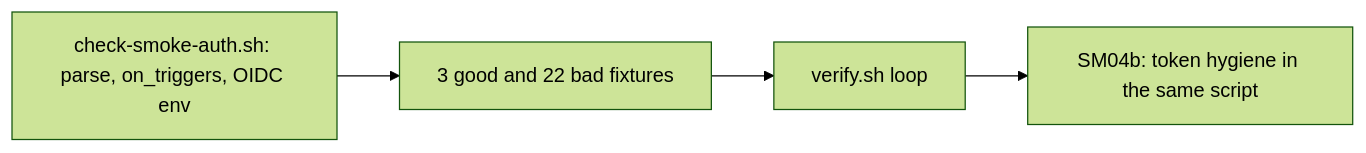
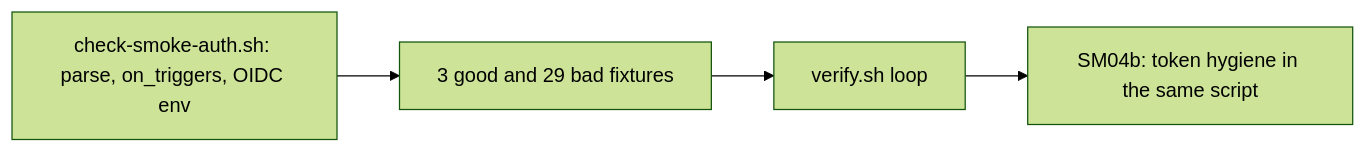
Before and after one commit to svennijhuis/agentic-workflows: the second of 2 diagrams in docs/pbi/done/SM04a-auth-check.md, drawn with Mermaid (forest theme). The commit also changed other lines of this file and 10 other files, not shown here.

Commit message:
SM04a round 1: anchor or alias hit, duplicate key hit in any map, permissions shape hit (empty permissions:), job key line, nullglob fixture lists, 7 bad fixtures (Reviewer 6425275380 cases 1 to 4, Cursor 5657896672 f1 to f4)

````diff
--- a/docs/pbi/done/SM04a-auth-check.md
+++ b/docs/pbi/done/SM04a-auth-check.md
@@ -72,6 +76,6 @@
 ```mermaid
 flowchart LR
-  S1[check-smoke-auth.sh: parse, on_triggers, OIDC env] --> S2[3 good and 22 bad fixtures]
+  S1[check-smoke-auth.sh: parse, on_triggers, OIDC env] --> S2[3 good and 29 bad fixtures]
   S2 --> S3[verify.sh loop]
   S3 --> S4[SM04b: token hygiene in the same script]
 ```
````
